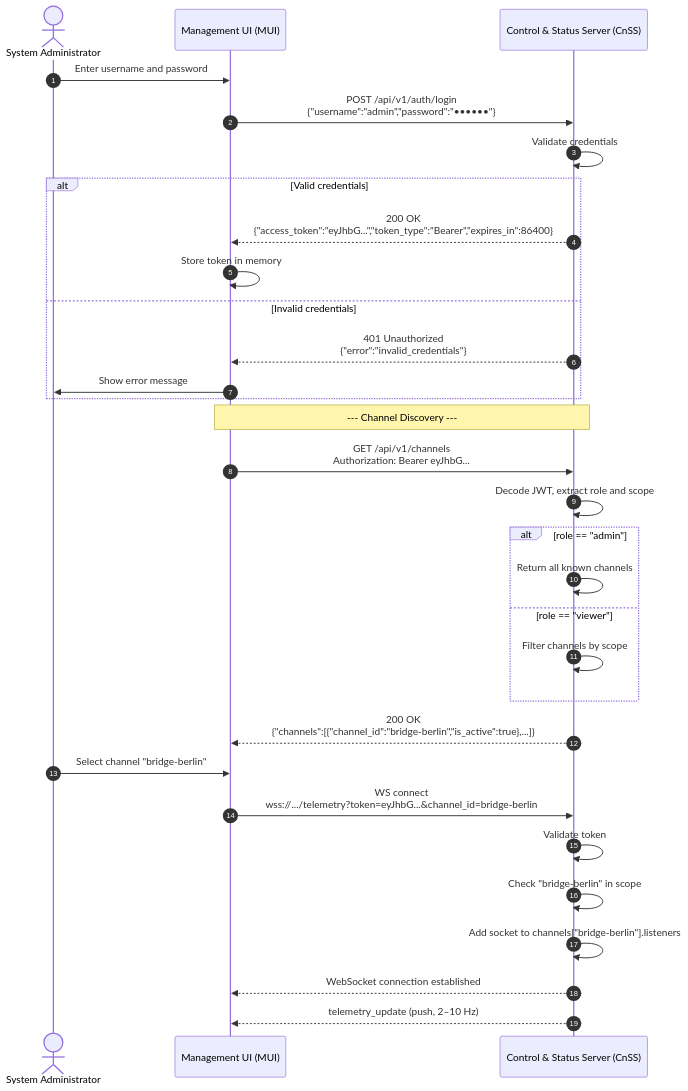
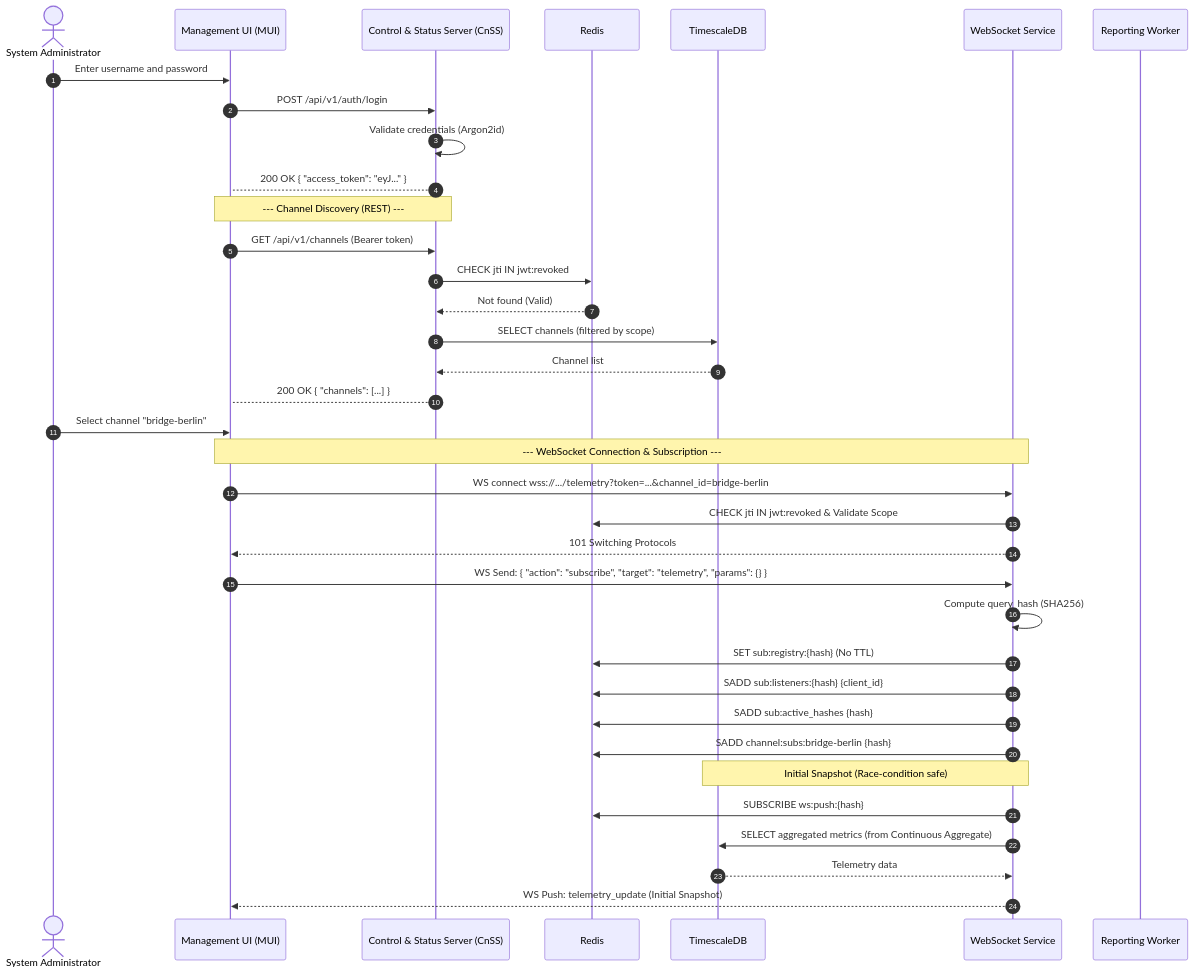
The first of 5 diagrams in docs/system-documentation.md (SWP-47/traffic-processing-platform), drawn with Mermaid before and after one commit. The commit also changed other lines of this file and 2 other files, not shown here.

````diff
--- a/docs/system-documentation.md
+++ b/docs/system-documentation.md
@@ -61,37 +111,44 @@
 ```mermaid
 sequenceDiagram
     autonumber
     actor Admin as System Administrator
     participant MUI as Management UI (MUI)
     participant CnSS as Control & Status Server (CnSS)
+    participant Redis as Redis
+    participant DB as TimescaleDB
+    participant WS as WebSocket Service
+    participant Report as Reporting Worker
 
     Admin->>MUI: Enter username and password
-    MUI->>CnSS: POST /api/v1/auth/login<br/>{"username":"admin","password":"••••••"}
-    CnSS->>CnSS: Validate credentials
-    alt Valid credentials
-        CnSS-->>MUI: 200 OK<br/>{"access_token":"eyJhbG...","token_type":"Bearer","expires_in":86400}
-        MUI->>MUI: Store token in memory
-    else Invalid credentials
-        CnSS-->>MUI: 401 Unauthorized<br/>{"error":"invalid_credentials"}
-        MUI->>Admin: Show error message
-    end
-
-    Note over MUI,CnSS: --- Channel Discovery ---
-
-    MUI->>CnSS: GET /api/v1/channels<br/>Authorization: Bearer eyJhbG...
-    CnSS->>CnSS: Decode JWT, extract role and scope
-    alt role == "admin"
-        CnSS->>CnSS: Return all known channels
-    else role == "viewer"
-        CnSS->>CnSS: Filter channels by scope
-    end
-    CnSS-->>MUI: 200 OK<br/>{"channels":[{"channel_id":"bridge-berlin","is_active":true},...]}
+    MUI->>CnSS: POST /api/v1/auth/login
+    CnSS->>CnSS: Validate credentials (Argon2id)
+    CnSS-->MUI: 200 OK { "access_token": "eyJ..." }
+    
+    Note over MUI,CnSS: --- Channel Discovery (REST) ---
+    MUI->>CnSS: GET /api/v1/channels (Bearer token)
+    CnSS->>Redis: CHECK jti IN jwt:revoked
+    Redis-->>CnSS: Not found (Valid)
+    CnSS->>DB: SELECT channels (filtered by scope)
+    DB-->>CnSS: Channel list
+    CnSS-->MUI: 200 OK { "channels": [...] }
 
     Admin->>MUI: Select channel "bridge-berlin"
-    MUI->>CnSS: WS connect<br/>wss://.../telemetry?token=eyJhbG...&channel_id=bridge-berlin
-    CnSS->>CnSS: Validate token
-    CnSS->>CnSS: Check "bridge-berlin" in scope
-    CnSS->>CnSS: Add socket to channels["bridge-berlin"].listeners
-    CnSS-->>MUI: WebSocket connection established
-    CnSS-->>MUI: telemetry_update (push, 2–10 Hz)
+    
+    Note over MUI,WS: --- WebSocket Connection & Subscription ---
+    MUI->>WS: WS connect wss://.../telemetry?token=...&channel_id=bridge-berlin
+    WS->>Redis: CHECK jti IN jwt:revoked & Validate Scope
+    WS-->>MUI: 101 Switching Protocols
+    
+    MUI->>WS: WS Send: { "action": "subscribe", "target": "telemetry", "params": {} }
+    WS->>WS: Compute query_hash (SHA256)
+    WS->>Redis: SET sub:registry:{hash} (No TTL)
+    WS->>Redis: SADD sub:listeners:{hash} {client_id}
+    WS->>Redis: SADD sub:active_hashes {hash}
+    WS->>Redis: SADD channel:subs:bridge-berlin {hash}
+    
+    Note over WS,DB: Initial Snapshot (Race-condition safe)
+    WS->>Redis: SUBSCRIBE ws:push:{hash}
+    WS->>DB: SELECT aggregated metrics (from Continuous Aggregate)
+    DB-->>WS: Telemetry data
+    WS-->>MUI: WS Push: telemetry_update (Initial Snapshot)
 ```
````
